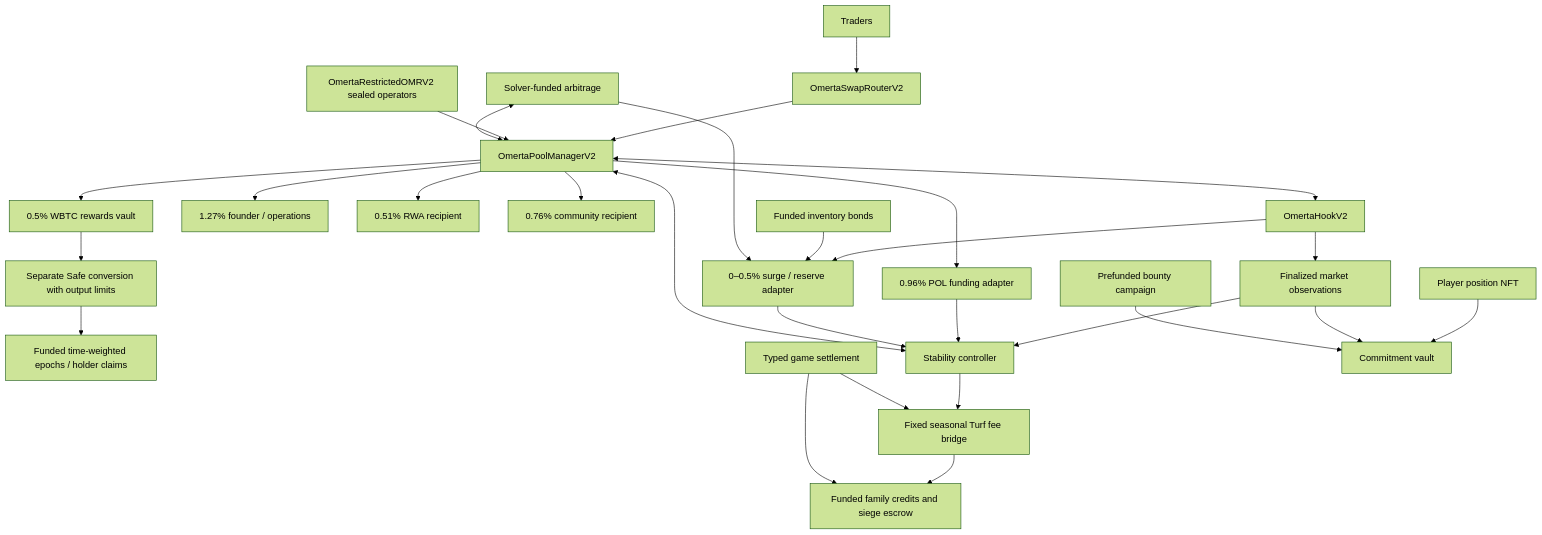
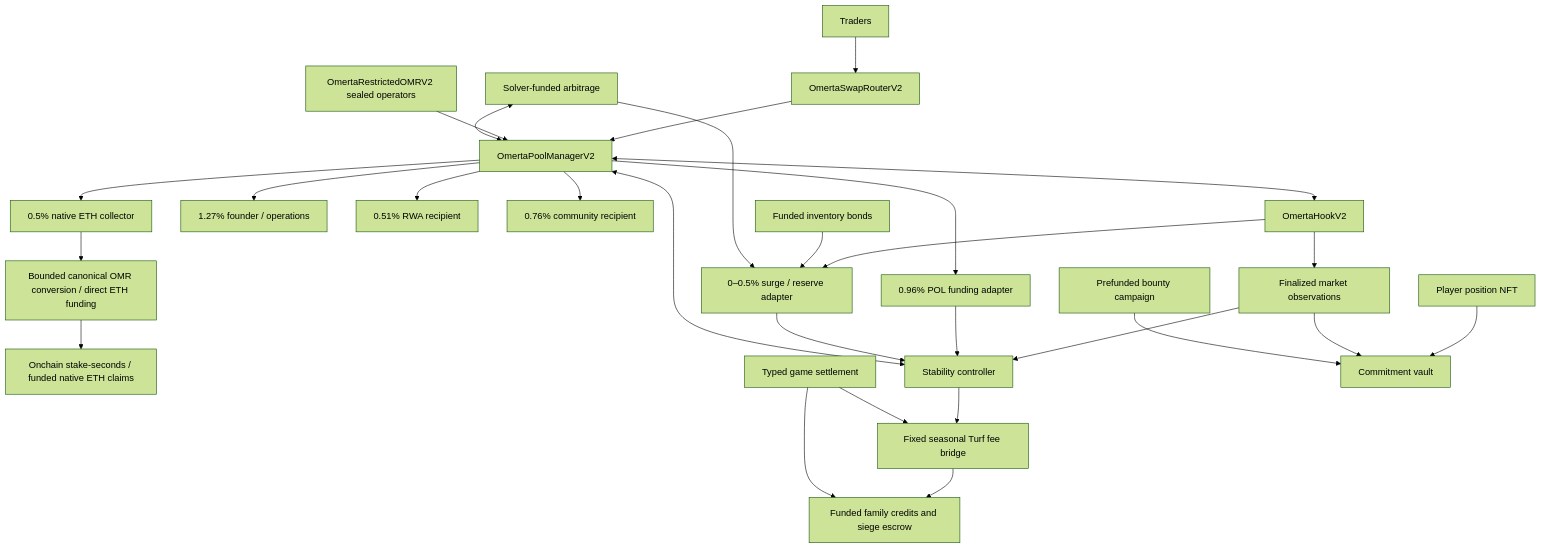
Before and after one commit to OmertaDev/Omerta: the diagram in omerta-contracts/docs/market-v2/DESIGN.md, drawn with Mermaid (forest theme). The commit also changed other lines of this file and 78 other files, not shown here.

Commit message:
Replace holder reward manifests with native ETH staking rewards

````diff
--- a/omerta-contracts/docs/market-v2/DESIGN.md
+++ b/omerta-contracts/docs/market-v2/DESIGN.md
@@ -7,30 +7,30 @@
 ```mermaid
 flowchart TD
     T[Traders] --> ROUTER[OmertaSwapRouterV2]
     ROUTER --> PM[OmertaPoolManagerV2]
     TOKEN[OmertaRestrictedOMRV2 sealed operators] --> PM
     PM <--> H[OmertaHookV2]
     PM --> DEV[1.27% founder / operations]
     PM --> RWA[0.51% RWA recipient]
     PM --> COMMUNITY[0.76% community recipient]
     PM --> POL[0.96% POL funding adapter]
-    PM --> BTC[0.5% WBTC rewards vault]
-    BTC --> CONV[Separate Safe conversion with output limits]
-    CONV --> CLAIM[Funded time-weighted epochs / holder claims]
+    PM --> ETH[0.5% native ETH collector]
+    ETH --> CONV[Bounded canonical OMR conversion / direct ETH funding]
+    CONV --> CLAIM[Onchain stake-seconds / funded native ETH claims]
     H --> SURGE[0–0.5% surge / reserve adapter]
     H --> O[Finalized market observations]
     O --> C[Stability controller]
     POL --> C
     SURGE --> C
     C <--> PM
     C --> TF[Fixed seasonal Turf fee bridge]
     TF --> F[Funded family credits and siege escrow]
     G[Typed game settlement] --> TF
     G --> F
     B[Funded inventory bonds] --> SURGE
     ARB[Solver-funded arbitrage] <--> PM
     ARB --> SURGE
     LP[Player position NFT] --> COM[Commitment vault]
     O --> COM
     REWARD[Prefunded bounty campaign] --> COM
 ```
````
